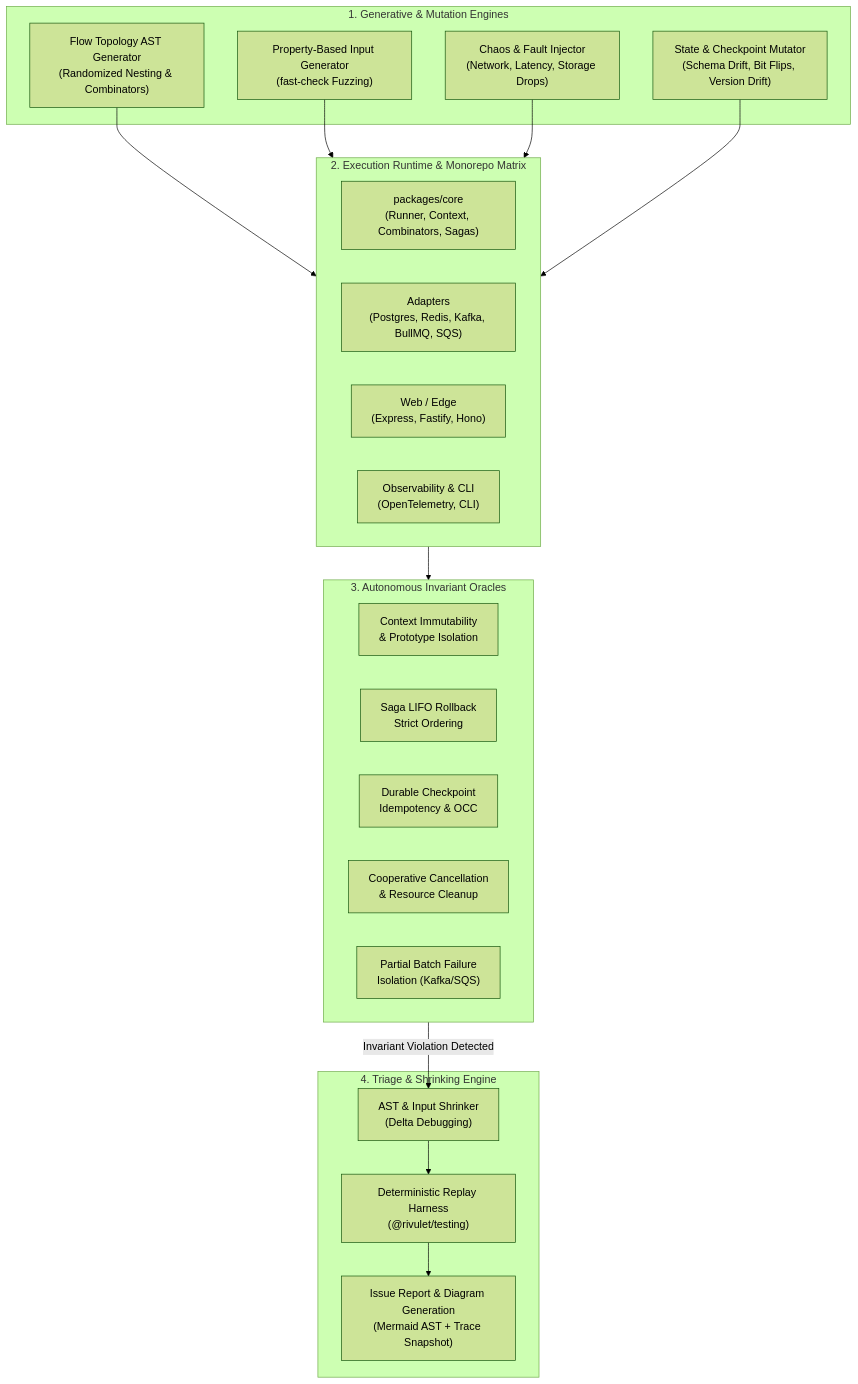
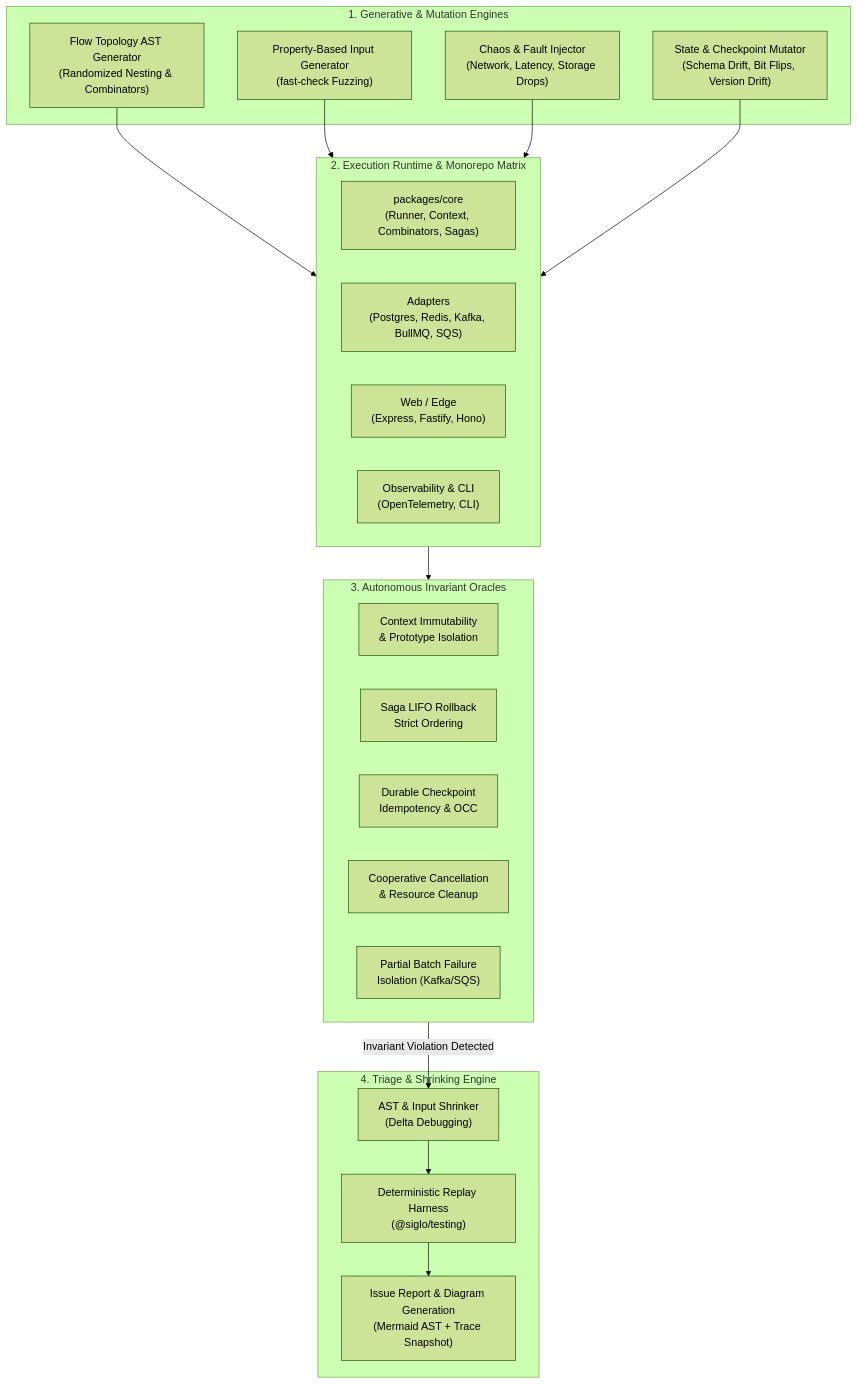
The first of 3 diagrams in docs/automated-exploratory-plan.md (jsoftgem/siglo), drawn with Mermaid (forest theme) before and after one commit. The commit also changed other lines of this file and 163 other files, not shown here.

Commit message:
chore: rename project from rivulet to siglo across monorepo and docs

````diff
--- a/docs/automated-exploratory-plan.md
+++ b/docs/automated-exploratory-plan.md
@@ -20,39 +20,39 @@
 ```mermaid
 flowchart TD
     subgraph GenerativeEngines["1. Generative & Mutation Engines"]
         ASTGen["Flow Topology AST Generator\n(Randomized Nesting & Combinators)"]
         PBTGen["Property-Based Input Generator\n(fast-check Fuzzing)"]
         ChaosGen["Chaos & Fault Injector\n(Network, Latency, Storage Drops)"]
         MutateGen["State & Checkpoint Mutator\n(Schema Drift, Bit Flips, Version Drift)"]
     end
 
     subgraph TargetPlatform["2. Execution Runtime & Monorepo Matrix"]
         Core["packages/core\n(Runner, Context, Combinators, Sagas)"]
         Adapters["Adapters\n(Postgres, Redis, Kafka, BullMQ, SQS)"]
         WebEdge["Web / Edge\n(Express, Fastify, Hono)"]
         Observability["Observability & CLI\n(OpenTelemetry, CLI)"]
     end
 
     subgraph InvariantOracles["3. Autonomous Invariant Oracles"]
         InvContext["Context Immutability\n& Prototype Isolation"]
         InvLIFO["Saga LIFO Rollback\nStrict Ordering"]
         InvOCC["Durable Checkpoint\nIdempotency & OCC"]
         InvCancel["Cooperative Cancellation\n& Resource Cleanup"]
         InvBatch["Partial Batch Failure\nIsolation (Kafka/SQS)"]
     end
 
     subgraph Triaging["4. Triage & Shrinking Engine"]
         Shrinker["AST & Input Shrinker\n(Delta Debugging)"]
-        Replay["Deterministic Replay Harness\n(@rivulet/testing)"]
+        Replay["Deterministic Replay Harness\n(@siglo/testing)"]
         Alert["Issue Report & Diagram Generation\n(Mermaid AST + Trace Snapshot)"]
     end
 
     ASTGen --> TargetPlatform
     PBTGen --> TargetPlatform
     ChaosGen --> TargetPlatform
     MutateGen --> TargetPlatform
 
     TargetPlatform --> InvariantOracles
     InvariantOracles -->|Invariant Violation Detected| Shrinker
     Shrinker --> Replay --> Alert
 ```
````
